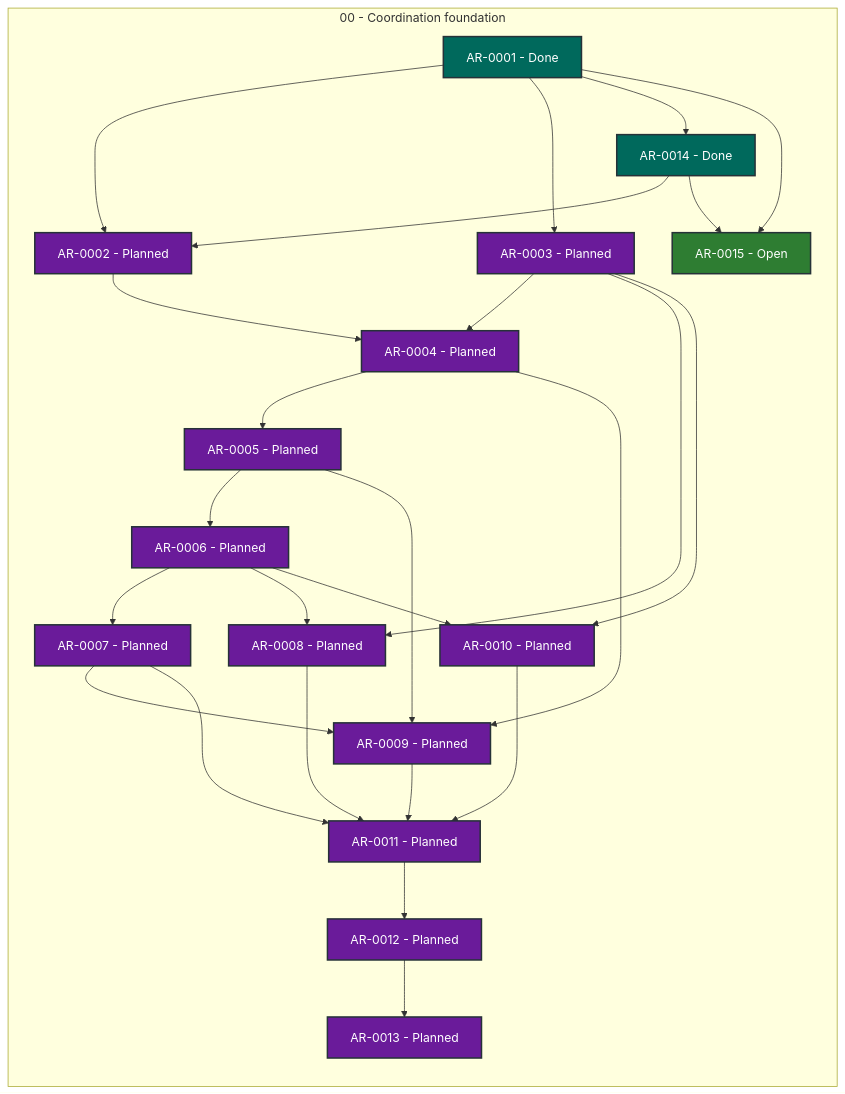
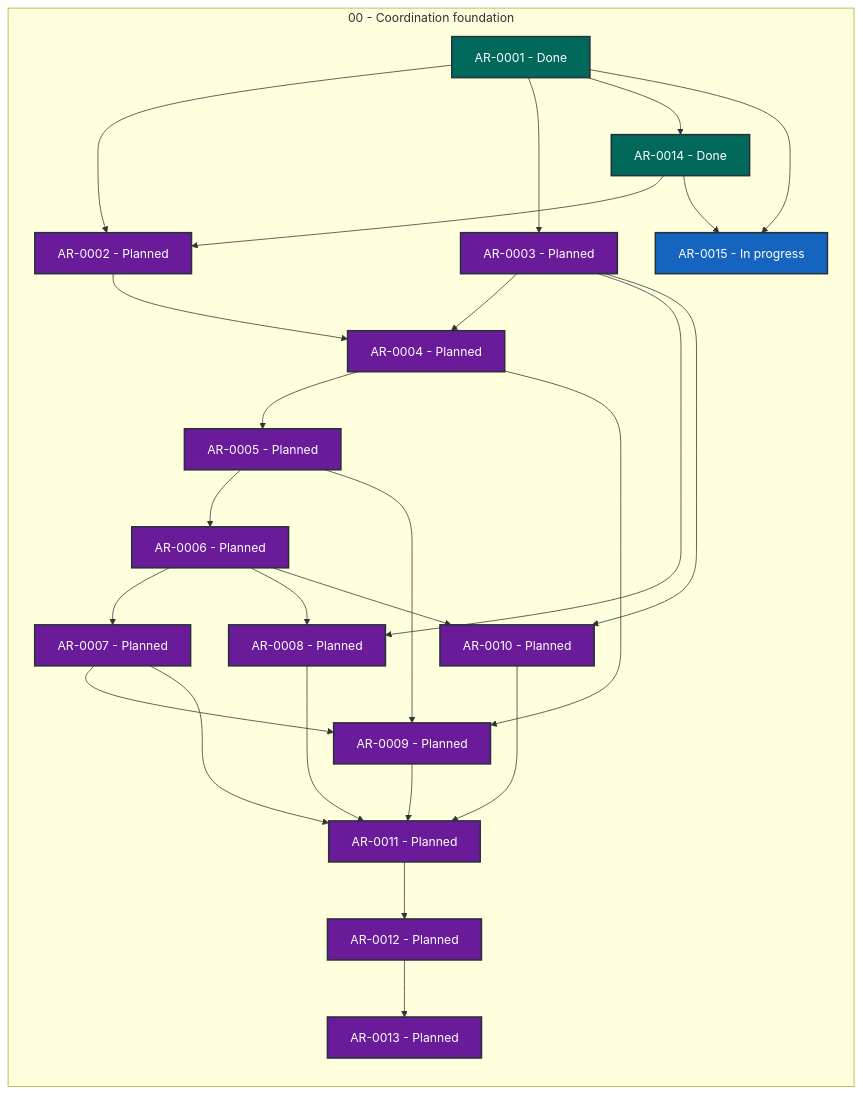
Before and after one commit to martin-beck/agent-workflow-tui-state: the diagram in STATUS.md, drawn with Mermaid. The commit also changed other lines of this file and 2 other files, not shown here.

````diff
--- a/STATUS.md
+++ b/STATUS.md
@@ -27,53 +27,53 @@
 ```mermaid
 flowchart LR
     subgraph series_00["00 - Coordination foundation"]
         direction TB
         AR_0001["AR-0001 - Done"]:::status_done
         AR_0002["AR-0002 - Planned"]:::status_planned
         AR_0003["AR-0003 - Planned"]:::status_planned
         AR_0004["AR-0004 - Planned"]:::status_planned
         AR_0005["AR-0005 - Planned"]:::status_planned
         AR_0006["AR-0006 - Planned"]:::status_planned
         AR_0007["AR-0007 - Planned"]:::status_planned
         AR_0008["AR-0008 - Planned"]:::status_planned
         AR_0009["AR-0009 - Planned"]:::status_planned
         AR_0010["AR-0010 - Planned"]:::status_planned
         AR_0011["AR-0011 - Planned"]:::status_planned
         AR_0012["AR-0012 - Planned"]:::status_planned
         AR_0013["AR-0013 - Planned"]:::status_planned
         AR_0014["AR-0014 - Done"]:::status_done
-        AR_0015["AR-0015 - Open"]:::status_open
+        AR_0015["AR-0015 - In progress"]:::status_in_progress
     end
     AR_0001 --> AR_0002
     AR_0001 --> AR_0003
     AR_0001 --> AR_0014
     AR_0001 --> AR_0015
     AR_0002 --> AR_0004
     AR_0003 --> AR_0004
     AR_0003 --> AR_0008
     AR_0003 --> AR_0010
     AR_0004 --> AR_0005
     AR_0004 --> AR_0009
     AR_0005 --> AR_0006
     AR_0005 --> AR_0009
     AR_0006 --> AR_0007
     AR_0006 --> AR_0008
     AR_0006 --> AR_0010
     AR_0007 --> AR_0009
     AR_0007 --> AR_0011
     AR_0008 --> AR_0011
     AR_0009 --> AR_0011
     AR_0010 --> AR_0011
     AR_0011 --> AR_0012
     AR_0012 --> AR_0013
     AR_0014 --> AR_0002
     AR_0014 --> AR_0015
     classDef status_in_progress fill:#1565c0,color:#ffffff,stroke:#263238,stroke-width:2px
     classDef status_open fill:#2e7d32,color:#ffffff,stroke:#263238,stroke-width:2px
     classDef status_blocked fill:#c62828,color:#ffffff,stroke:#263238,stroke-width:2px
     classDef status_planned fill:#6a1b9a,color:#ffffff,stroke:#263238,stroke-width:2px
     classDef status_future fill:#455a64,color:#ffffff,stroke:#263238,stroke-width:2px
     classDef status_done fill:#00695c,color:#ffffff,stroke:#263238,stroke-width:2px
     classDef status_cancelled fill:#616161,color:#ffffff,stroke:#263238,stroke-width:2px
     classDef status_superseded fill:#5d4037,color:#ffffff,stroke:#263238,stroke-width:2px
 ```
````
